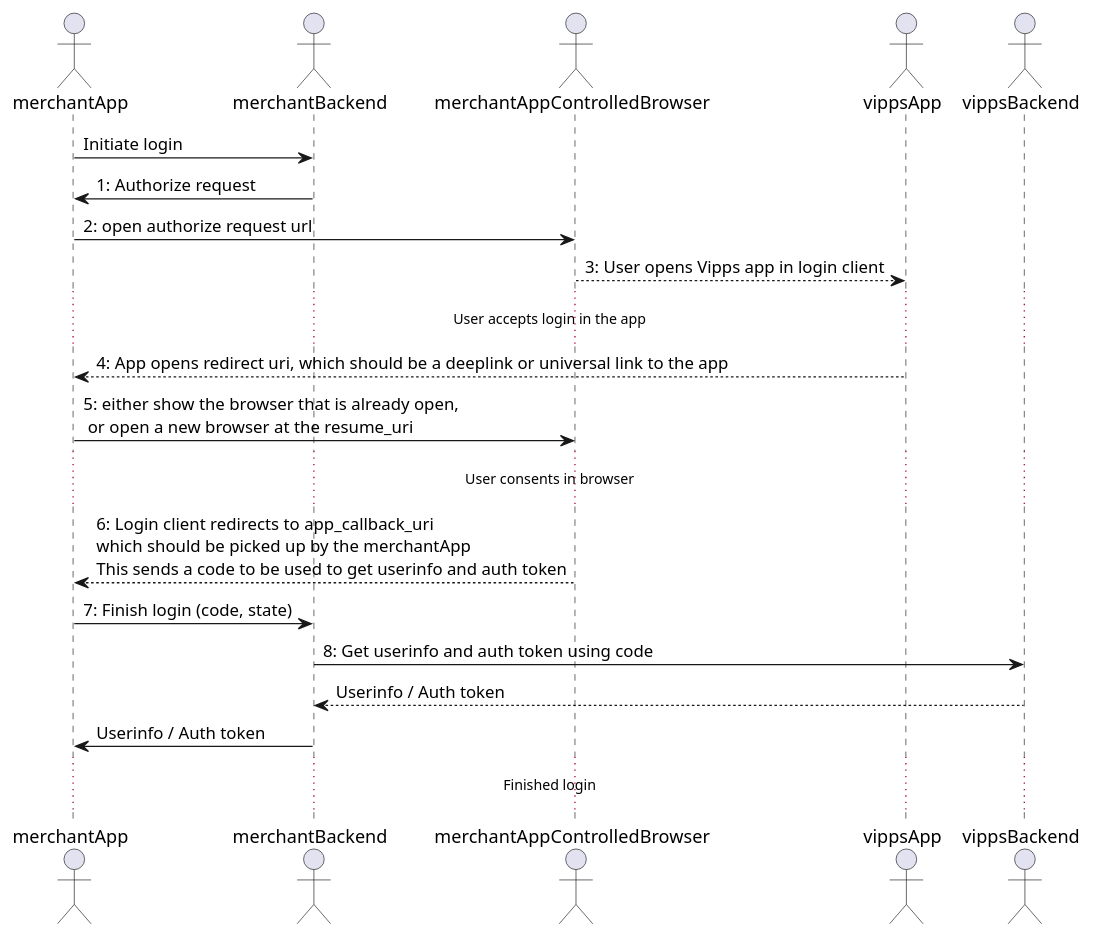
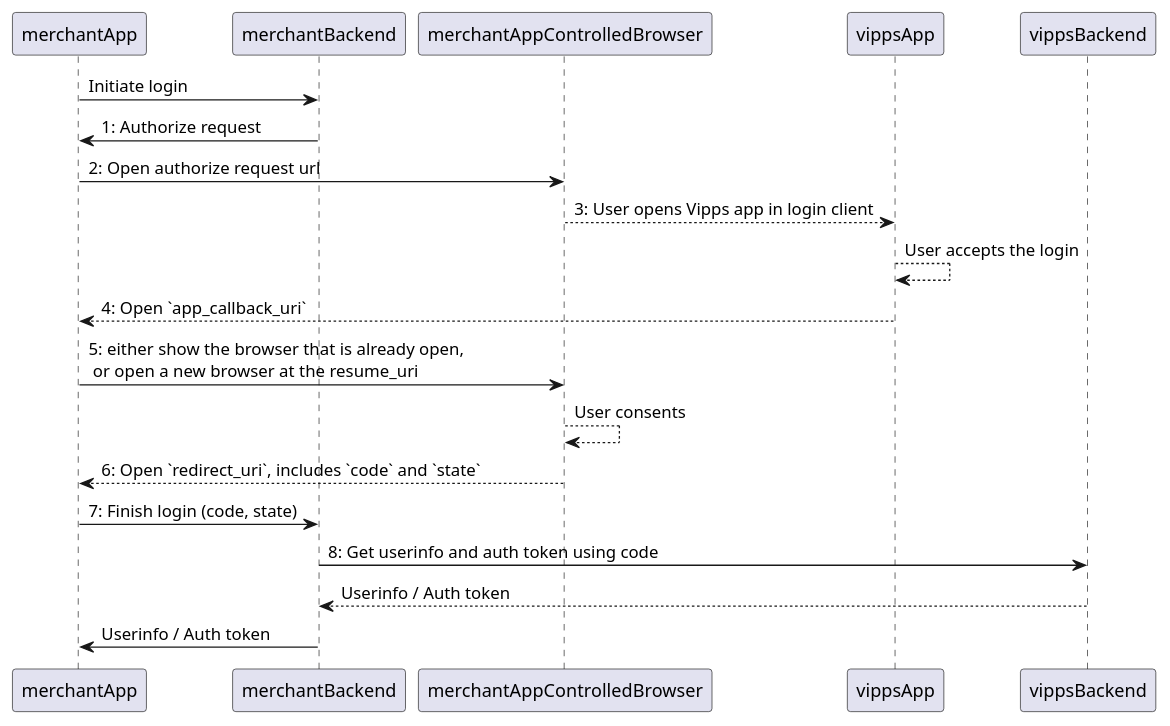
The diagram in images/app2appsuggestion.puml (vippsas/vipps-login-api), drawn with PlantUML before and after one commit. The commit also changed 2 other files, not shown here.

```diff
--- a/images/app2appsuggestion.puml
+++ b/images/app2appsuggestion.puml
@@ -1,26 +1,18 @@
 @startuml component
-actor merchantApp
-actor merchantBackend
-actor merchantAppControlledBrowser
-actor vippsApp
-actor vippsBackend
 
 merchantApp -> merchantBackend : Initiate login
 merchantBackend -> merchantApp: 1: Authorize request
-merchantApp -> merchantAppControlledBrowser : 2: open authorize request url
+merchantApp -> merchantAppControlledBrowser : 2: Open authorize request url
 merchantAppControlledBrowser --> vippsApp : 3: User opens Vipps app in login client
-...User accepts login in the app...
-vippsApp --> merchantApp : 4: App opens redirect uri, which should be a deeplink or universal link to the app
+vippsApp --> vippsApp: User accepts the login
+vippsApp --> merchantApp : 4: Open `app_callback_uri`
 merchantApp -> merchantAppControlledBrowser : 5: either show the browser that is already open,\n\
  or open a new browser at the resume_uri
-...User consents in browser...
-merchantAppControlledBrowser --> merchantApp : 6: Login client redirects to app_callback_uri\n\
-which should be picked up by the merchantApp\n\
-This sends a code to be used to get userinfo and auth token
+merchantAppControlledBrowser --> merchantAppControlledBrowser: User consents
+merchantAppControlledBrowser --> merchantApp : 6: Open `redirect_uri`, includes `code` and `state`
 merchantApp -> merchantBackend : 7: Finish login (code, state)
 merchantBackend -> vippsBackend : 8: Get userinfo and auth token using code
 vippsBackend --> merchantBackend : Userinfo / Auth token
 merchantBackend -> merchantApp : Userinfo / Auth token
-...Finished login...
 
 @enduml
```
